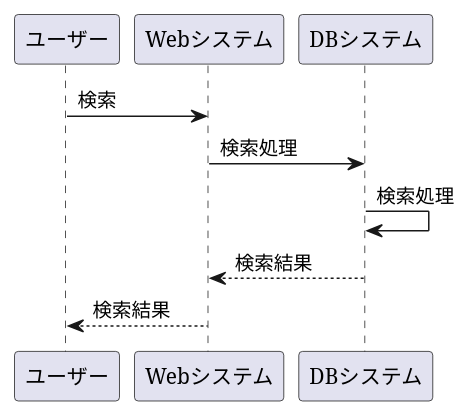
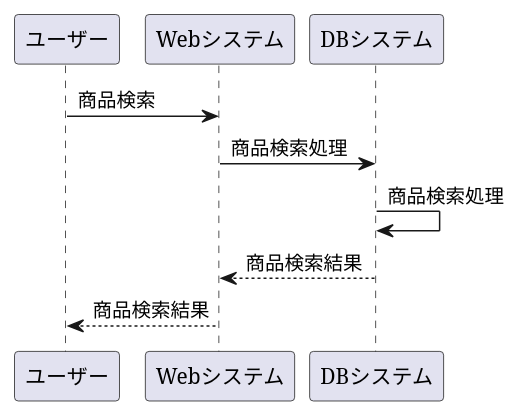
Before and after one commit to Aso2001368/2021sys-design: the diagram in original.md, drawn with PlantUML.

````diff
--- a/original.md
+++ b/original.md
@@ -1,11 +1,11 @@
 ```uml
 @startuml
 
-ユーザー -> Webシステム: 検索
-Webシステム -> DBシステム: 検索処理
-DBシステム -> DBシステム: 検索処理
-DBシステム --> Webシステム: 検索結果
-Webシステム --> ユーザー: 検索結果
+ユーザー -> Webシステム: 商品検索
+Webシステム -> DBシステム: 商品検索処理
+DBシステム -> DBシステム: 商品検索処理
+DBシステム --> Webシステム: 商品検索結果
+Webシステム --> ユーザー: 商品検索結果
 
 @enduml
 ```
````
